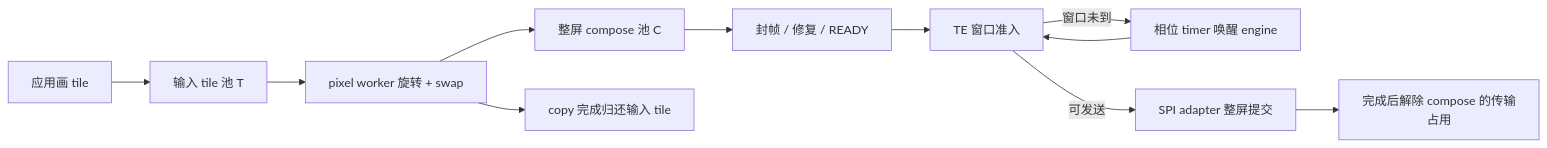
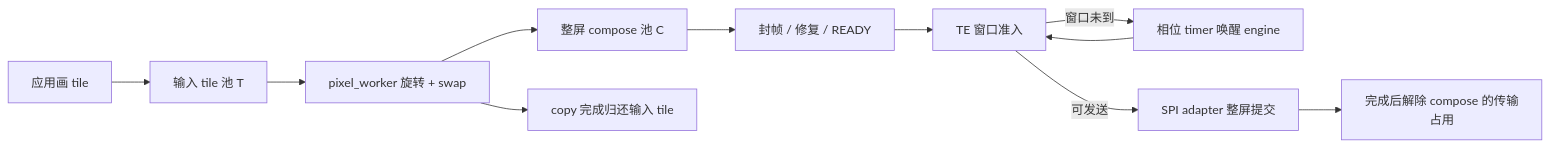
The sixth of 7 diagrams in components/display/tools/esp_display_present/docs/MODE_BUFFER_TASK_REVIEW.md (espressif2022/esp-iot-solution), drawn with Mermaid before and after one commit. The commit also changed other lines of this file and 65 other files, not shown here.

````diff
--- a/components/display/tools/esp_display_present/docs/MODE_BUFFER_TASK_REVIEW.md
+++ b/components/display/tools/esp_display_present/docs/MODE_BUFFER_TASK_REVIEW.md
@@ -283,13 +283,13 @@
 ```mermaid
 flowchart LR
     APP[应用画 tile] --> TILE[输入 tile 池 T]
-    TILE --> PIX[pixel worker 旋转 + swap]
+    TILE --> PIX[pixel_worker 旋转 + swap]
     PIX --> COMPOSE[整屏 compose 池 C]
     PIX --> RELEASE[copy 完成归还输入 tile]
     COMPOSE --> REPAIR[封帧 / 修复 / READY]
     REPAIR --> ADMIT[TE 窗口准入]
     ADMIT -->|窗口未到| TIMER[相位 timer 唤醒 engine]
     TIMER --> ADMIT
     ADMIT -->|可发送| SPI[SPI adapter 整屏提交]
     SPI --> DONE[完成后解除 compose 的传输占用]
 ```
````
